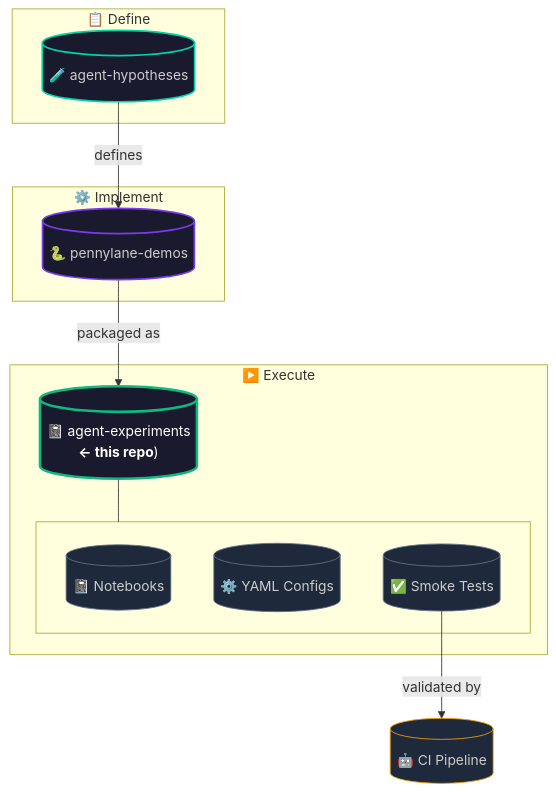
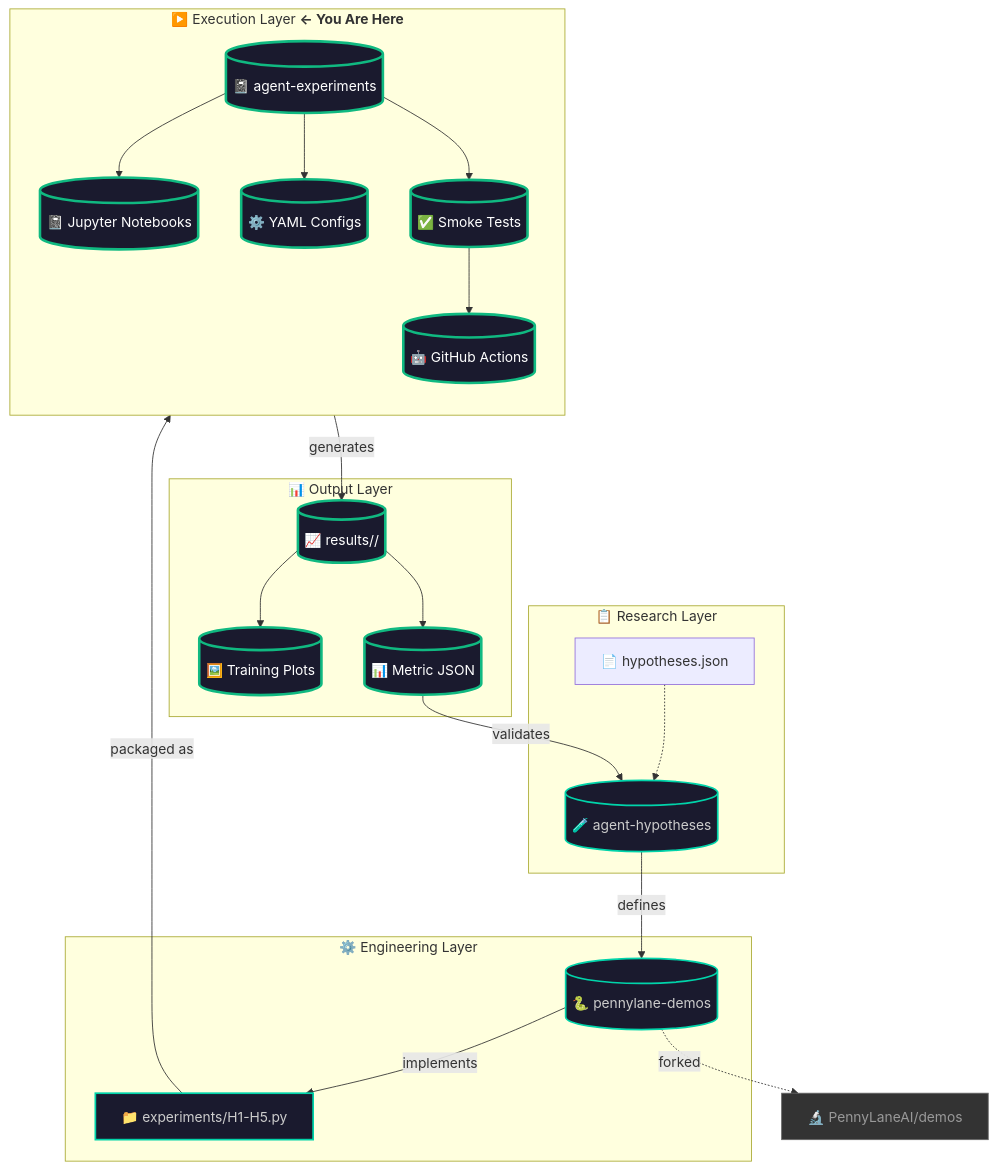
Before and after one commit to NullLabTests/pennylane-agent-experiments: the first of 4 diagrams in README.md, drawn with Mermaid. The commit also changed other lines of this file, not shown here.

Commit message:
Polish README: detailed architecture diagram, CI pipeline flow, experiment specs table, how-to-extend guide, dependency matrix

````diff
--- a/README.md
+++ b/README.md
@@ -51,28 +61,49 @@
 ```mermaid
 graph TB
-    subgraph Define["📋 Define"]
+    classDef def fill:#1a1a2e,stroke:#00d4aa,stroke-width:2,color:#ccc
+    classDef impl fill:#1a1a2e,stroke:#7C3AED,stroke-width:2,color:#ccc
+    classDef exec fill:#1a1a2e,stroke:#10B981,stroke-width:3,color:#fff
+    classDef up fill:#333,stroke:#666,stroke-width:1,color:#999
+
+    subgraph Research["📋 Research Layer"]
         H[("🧪 agent-hypotheses")]
+        J["📄 hypotheses.json"]
     end
-    subgraph Implement["⚙️ Implement"]
+    subgraph Engineering["⚙️ Engineering Layer"]
         D[("🐍 pennylane-demos")]
+        S["📁 experiments/H1-H5.py"]
     end
-    subgraph Execute["▶️ Execute"]
-        E[("📓 agent-experiments<br/><b>← this repo</b>)")]
-        subgraph Components[" "]
-            NB[("📓 Notebooks")]
-            YM[("⚙️ YAML Configs")]
-            ST[("✅ Smoke Tests")]
-        end
+    subgraph Execution["▶️ Execution Layer <b>← You Are Here</b>"]
+        direction TB
+        E[("📓 agent-experiments")]
+        N[("📓 Jupyter Notebooks")]
+        C[("⚙️ YAML Configs")]
+        T[("✅ Smoke Tests")]
+        CI[("🤖 GitHub Actions")]
     end
+    subgraph Output["📊 Output Layer"]
+        R[("📈 results/<id>/")]
+        P[("🖼️ Training Plots")]
+        M[("📊 Metric JSON")]
+    end
+
+    J -.-> H
     H -->|"defines"| D
-    D -->|"packaged as"| E
-    E --- Components
-    ST -->|"validated by"| CI[("🤖 CI Pipeline")]
-    style H fill:#1a1a2e,stroke:#00d4aa,stroke-width:2,color:#ccc
-    style D fill:#1a1a2e,stroke:#7C3AED,stroke-width:2,color:#ccc
-    style E fill:#1a1a2e,stroke:#10B981,stroke-width:3,color:#fff
-    style NB fill:#1e293b,stroke:#64748b,color:#ccc
-    style YM fill:#1e293b,stroke:#64748b,color:#ccc
-    style ST fill:#1e293b,stroke:#64748b,color:#ccc
-    style CI fill:#1e293b,stroke:#F59E0B,color:#ccc
+    D -->|"implements"| S
+    S -->|"packaged as"| E
+    E --> N
+    E --> C
+    E --> T
+    T --> CI
+    N -->|"generates"| R
+    R --> P
+    R --> M
+    M -->|"validates"| H
+    D -.->|"forked"| U["🔬 PennyLaneAI/demos"]
+
+    class H def
+    class D,impl,S def
+    class E,exec,N,C,T,CI exec
+    class U up
+    class R,P,M exec
 ```
````
